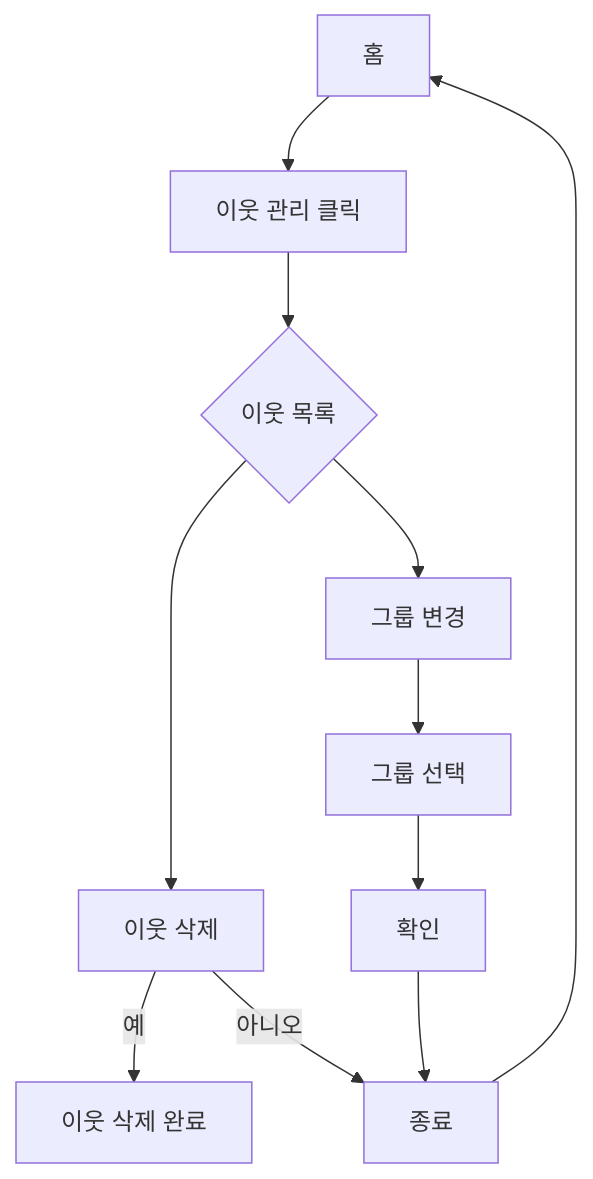
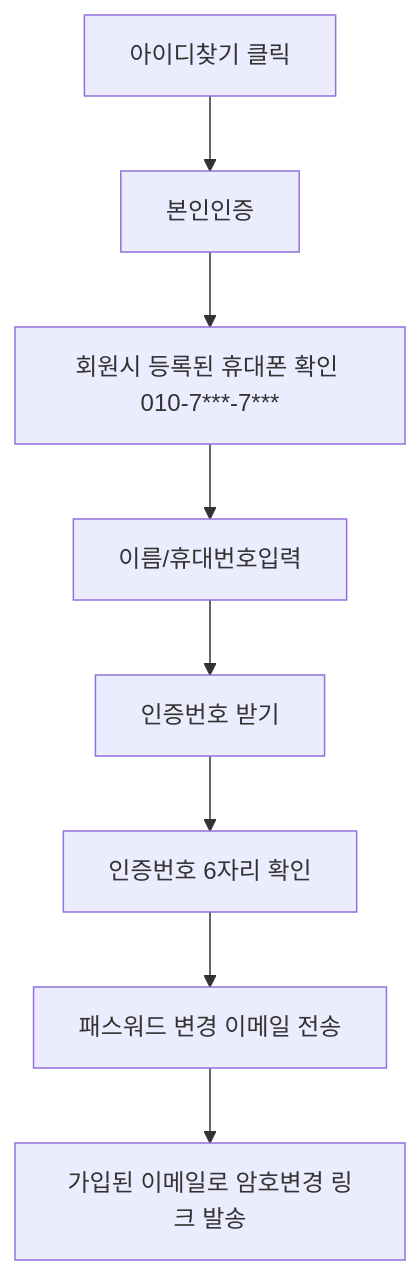
One commit to 95126m/OnboardingProject changed the third of 3 diagrams in login_기능정의서.md. Above: the diagram before and after it, drawn with Mermaid. The commit also changed other lines of this file, not shown here.

````diff
--- a/login_기능정의서.md
+++ b/login_기능정의서.md
@@ -68,8 +68,4 @@
 ```mermaid
 flowchart TD
-   T[홈]-->A[이웃 관리 클릭] --> B[이웃 목록 확인]
-   B{이웃 목록} -->c{이웃 삭제} -- 예 -->d[이웃 삭제 완료]
-   c[이웃 삭제] -- 아니오-->Z[종료]
-   B--> D[그룹 변경]-->E[그룹 선택]-->G[확인]
-   G --> Z[종료]-->T
+A[아이디찾기 클릭]-->B[본인인증]-->c[회원시 등록된 휴대폰 확인 010-7***-7***]-->d[이름/휴대번호입력]-->e[인증번호 받기]-->f[인증번호 6자리 확인]-->g[패스워드 변경 이메일 전송]-->h[가입된 이메일로 암호변경 링크 발송]
 ```
````
